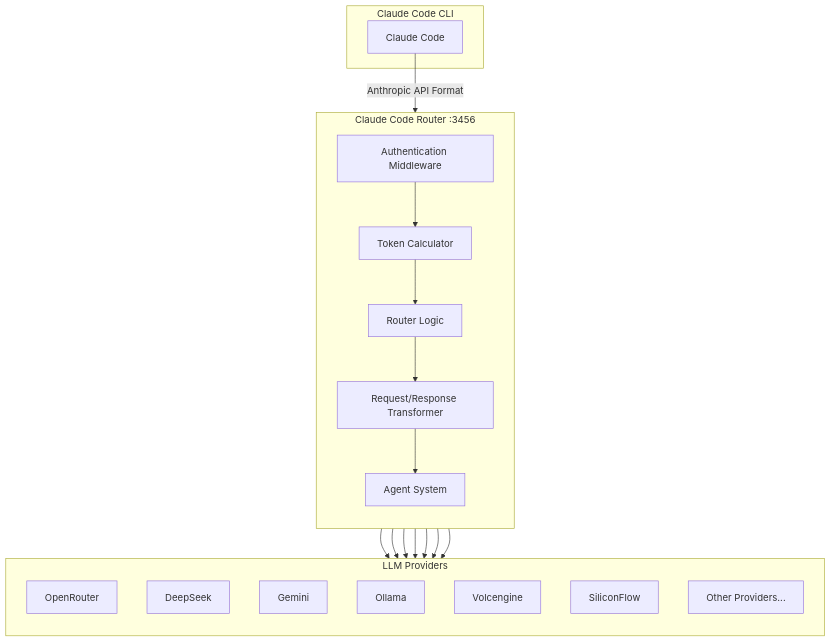
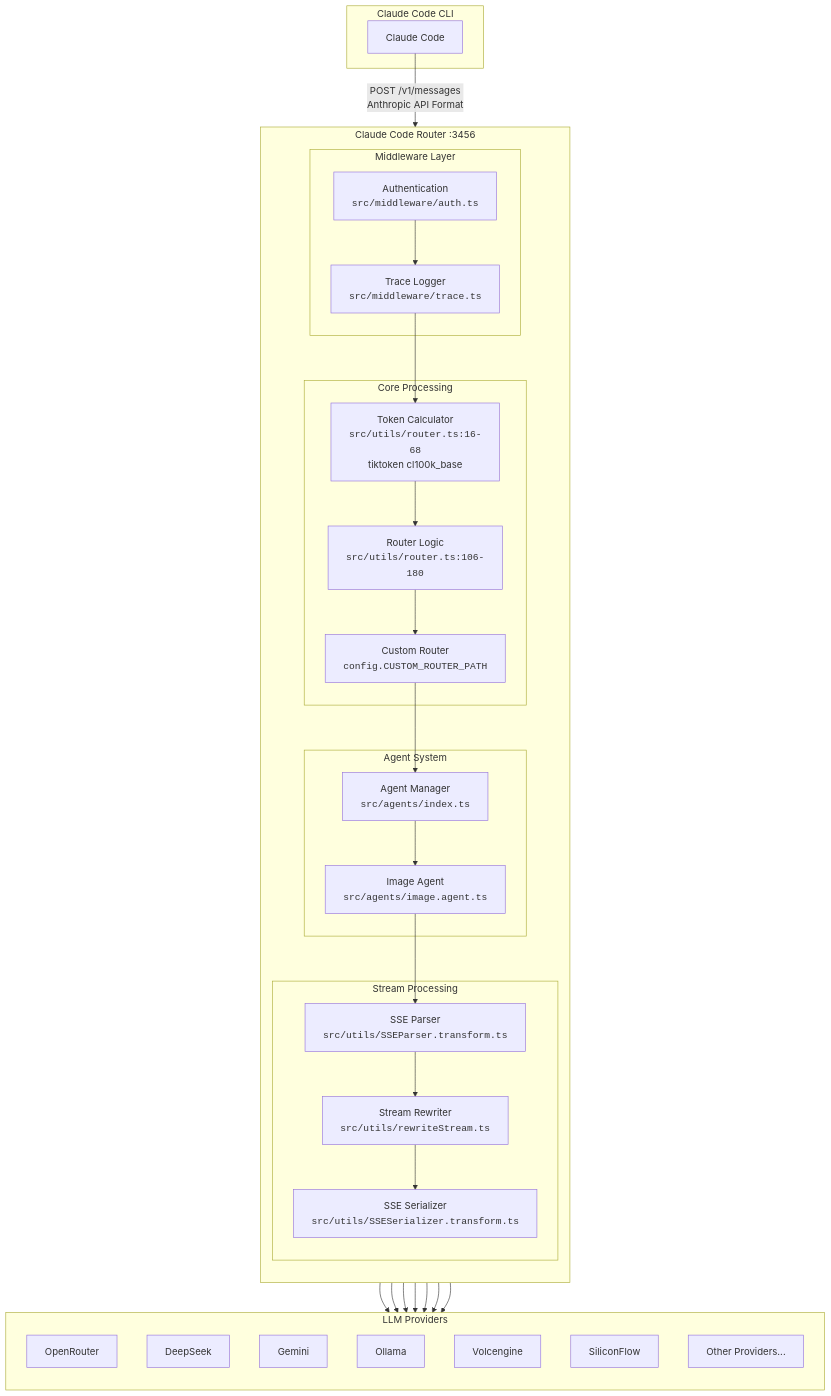
One commit to NikkeTryHard/claude-code-router changed the first of 6 diagrams in README.md. Above: the diagram before and after it, drawn with Mermaid. The commit also changed other lines of this file and 1 other file, not shown here.

First line of the commit message:
docs: comprehensive README rewrite with technical depth and mermaid diagrams

````diff
--- a/README.md
+++ b/README.md
@@ -53,40 +53,62 @@
 ```mermaid
 flowchart TB
     subgraph Client["Claude Code CLI"]
         CC[Claude Code]
     end
 
     subgraph Router["Claude Code Router :3456"]
         direction TB
-        Auth[Authentication Middleware]
-        TokenCalc[Token Calculator]
-        RouterLogic[Router Logic]
-        Transformer[Request/Response Transformer]
-        AgentSystem[Agent System]
 
-        Auth --> TokenCalc
+        subgraph Middleware["Middleware Layer"]
+            Auth["Authentication<br/><code>src/middleware/auth.ts</code>"]
+            Trace["Trace Logger<br/><code>src/middleware/trace.ts</code>"]
+        end
+
+        subgraph Core["Core Processing"]
+            TokenCalc["Token Calculator<br/><code>src/utils/router.ts:16-68</code><br/>tiktoken cl100k_base"]
+            RouterLogic["Router Logic<br/><code>src/utils/router.ts:106-180</code>"]
+            CustomRouter["Custom Router<br/><code>config.CUSTOM_ROUTER_PATH</code>"]
+        end
+
+        subgraph Agents["Agent System"]
+            AgentMgr["Agent Manager<br/><code>src/agents/index.ts</code>"]
+            ImageAgent["Image Agent<br/><code>src/agents/image.agent.ts</code>"]
+        end
+
+        subgraph Stream["Stream Processing"]
+            SSEParser["SSE Parser<br/><code>src/utils/SSEParser.transform.ts</code>"]
+            SSESerializer["SSE Serializer<br/><code>src/utils/SSESerializer.transform.ts</code>"]
+            RewriteStream["Stream Rewriter<br/><code>src/utils/rewriteStream.ts</code>"]
+        end
+
+        Auth --> Trace
+        Trace --> TokenCalc
         TokenCalc --> RouterLogic
-        RouterLogic --> Transformer
-        Transformer --> AgentSystem
+        RouterLogic --> CustomRouter
+        CustomRouter --> AgentMgr
+        AgentMgr --> ImageAgent
+        ImageAgent --> SSEParser
+        SSEParser --> RewriteStream
+        RewriteStream --> SSESerializer
     end
 
     subgraph Providers["LLM Providers"]
         direction TB
         OpenRouter[OpenRouter]
         DeepSeek[DeepSeek]
         Gemini[Gemini]
         Ollama[Ollama]
         Volcengine[Volcengine]
         SiliconFlow[SiliconFlow]
         Others[Other Providers...]
     end
 
-    CC -->|"Anthropic API Format"| Auth
-    AgentSystem --> OpenRouter
-    AgentSystem --> DeepSeek
-    AgentSystem --> Gemini
-    AgentSystem --> Ollama
-    AgentSystem --> Volcengine
-    AgentSystem --> SiliconFlow
-    AgentSystem --> Others
+    CC -->|"POST /v1/messages<br/>Anthropic API Format"| Auth
+    SSESerializer --> OpenRouter
+    SSESerializer --> DeepSeek
+    SSESerializer --> Gemini
+    SSESerializer --> Ollama
+    SSESerializer --> Volcengine
+    SSESerializer --> SiliconFlow
+    SSESerializer --> Others
 ```
````
